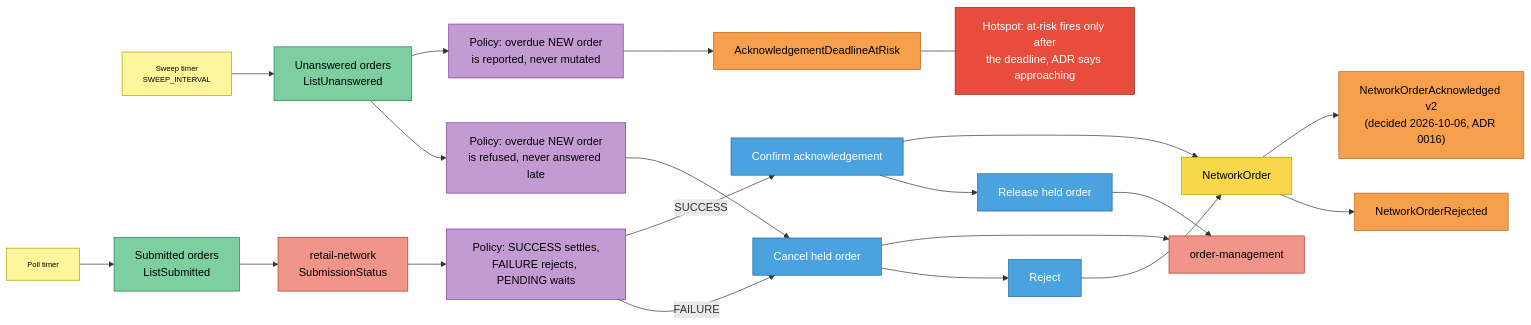
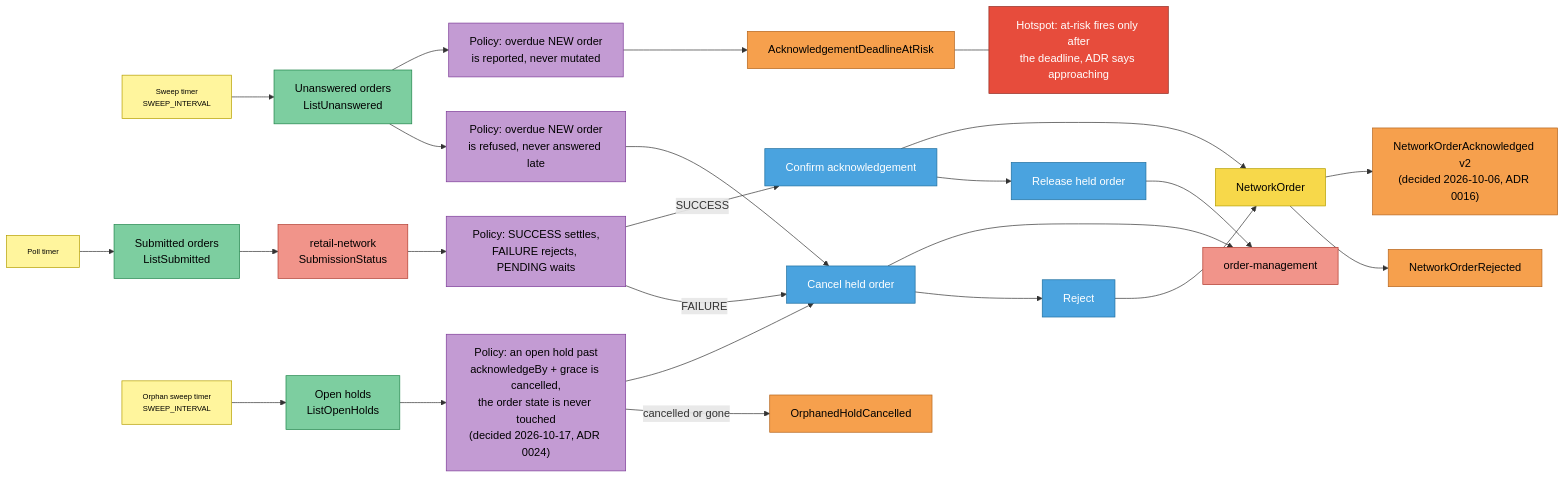
Before and after one commit to IQVO/warehouse-docs: the third of 5 diagrams in docs/contexts/network-fulfillment/eventstorming.md, drawn with Mermaid. The commit also changed other lines of this file and 53 other files, not shown here.

````diff
--- a/docs/contexts/network-fulfillment/eventstorming.md
+++ b/docs/contexts/network-fulfillment/eventstorming.md
@@ -104,50 +109,58 @@
 ```mermaid
 flowchart LR
     T1["Poll timer"]:::actor
     T2["Sweep timer<br/>SWEEP_INTERVAL"]:::actor
     RM1["Submitted orders<br/>ListSubmitted"]:::readmodel
     RM2["Unanswered orders<br/>ListUnanswered"]:::readmodel
     NW["retail-network<br/>SubmissionStatus"]:::external
     POL1["Policy: SUCCESS settles,<br/>FAILURE rejects, PENDING waits"]:::policy
     C1["Confirm acknowledgement"]:::command
     C2["Release held order"]:::command
     C3["Cancel held order"]:::command
     C4["Reject"]:::command
     G1["NetworkOrder"]:::aggregate
     E3["NetworkOrderRejected"]:::event
     E5["NetworkOrderAcknowledged v2<br/>(decided 2026-10-06, ADR 0016)"]:::event
     POL2["Policy: overdue NEW order<br/>is reported, never mutated"]:::policy
     E4["AcknowledgementDeadlineAtRisk"]:::event
     POL3["Policy: overdue NEW order<br/>is refused, never answered late"]:::policy
+    T3["Orphan sweep timer<br/>SWEEP_INTERVAL"]:::actor
+    RM3["Open holds<br/>ListOpenHolds"]:::readmodel
+    POL4["Policy: an open hold past<br/>acknowledgeBy + grace is cancelled,<br/>the order state is never touched<br/>(decided 2026-10-17, ADR 0024)"]:::policy
+    E6["OrphanedHoldCancelled"]:::event
     OM["order-management"]:::external
     H5["Hotspot: at-risk fires only after<br/>the deadline, ADR says approaching"]:::hotspot
 
     T1 --> RM1
     RM1 --> NW
     NW --> POL1
     POL1 -->|SUCCESS| C1
     C1 --> G1
     G1 --> E5
     C1 --> C2
     C2 --> OM
     POL1 -->|FAILURE| C3
     C3 --> OM
     C3 --> C4
     C4 --> G1
     G1 --> E3
     T2 --> RM2
     RM2 --> POL2
     POL2 --> E4
     RM2 --> POL3
     POL3 --> C3
+    T3 --> RM3
+    RM3 --> POL4
+    POL4 --> C3
+    POL4 -->|cancelled or gone| E6
     E4 --- H5
 
     classDef actor fill:#fff59d,stroke:#b59f00,color:#000,font-size:11px
     classDef command fill:#4aa3df,stroke:#1f6f9f,color:#fff
     classDef aggregate fill:#f7d84a,stroke:#b59f00,color:#000
     classDef event fill:#f6a04d,stroke:#b5651d,color:#000
     classDef policy fill:#c39bd3,stroke:#7d3c98,color:#000
     classDef readmodel fill:#7dcea0,stroke:#1e8449,color:#000
     classDef external fill:#f1948a,stroke:#b03a2e,color:#000
     classDef hotspot fill:#e74c3c,stroke:#922b21,color:#fff
 ```
````
